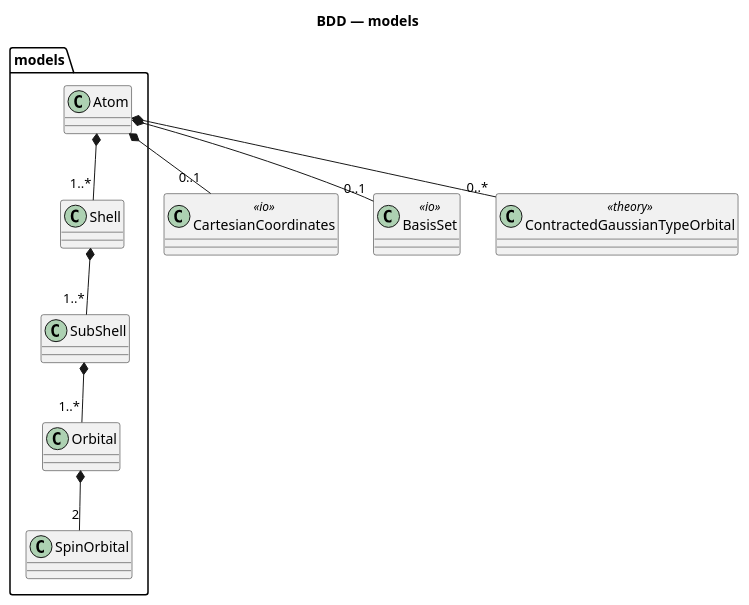
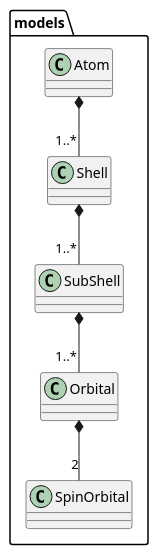
Before and after one commit to milosz-martynow/qBlock: the diagram in architecture/block_definition_diagrams/models.puml, drawn with PlantUML. The commit also changed 42 other files, not shown here.

```diff
--- a/architecture/block_definition_diagrams/models.puml
+++ b/architecture/block_definition_diagrams/models.puml
@@ -1,27 +1,18 @@
 @startuml bdd_models
-title BDD — models
 
 package "models" {
   class SpinOrbital
   class Orbital
   class SubShell
   class Shell
   class Atom
 }
 
-' --- External blocks (used by this package) ---
-class CartesianCoordinates <<io>>
-class BasisSet <<io>>
-class ContractedGaussianTypeOrbital <<theory>>
-
 ' ═══ Composition ═══
 
 Orbital *-- "2" SpinOrbital
 SubShell *-- "1..*" Orbital
 Shell *-- "1..*" SubShell
 Atom *-- "1..*" Shell
-Atom *-- "0..1" CartesianCoordinates
-Atom *-- "0..1" BasisSet
-Atom *-- "0..*" ContractedGaussianTypeOrbital
 
 @enduml
```
